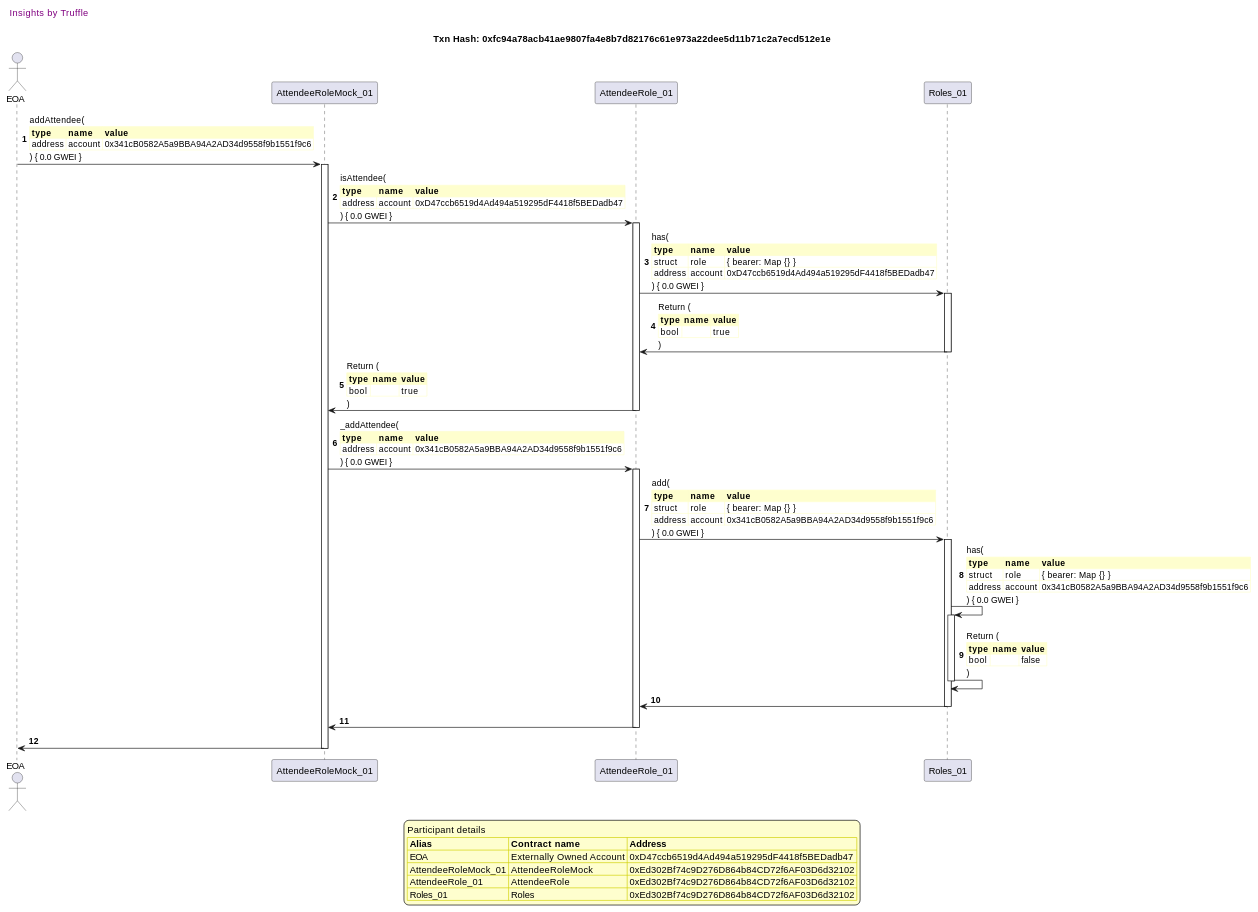
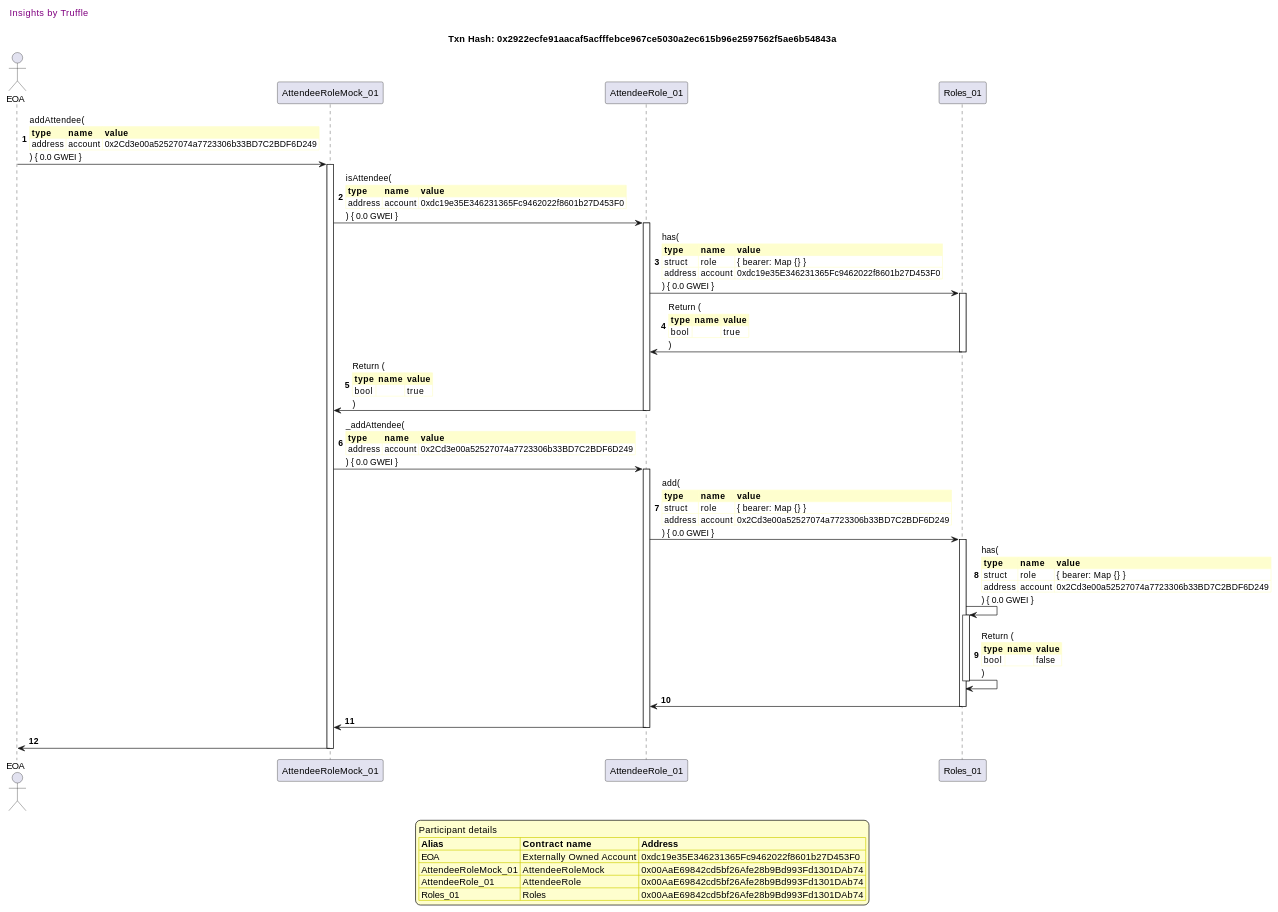
One commit to fodisi/hackapay changed the sixth of 41 diagrams in truffle-seq/roles_attendeerole.md. Above: the diagram before and after it, drawn with PlantUML. The commit also changed other lines of this file and 10 other files, not shown here.

````diff
--- a/truffle-seq/roles_attendeerole.md
+++ b/truffle-seq/roles_attendeerole.md
@@ -398,81 +398,81 @@
 ```plantuml
 
 
 @startuml
 
 autonumber
 skinparam legendBackgroundColor #FEFECE
 
 <style>
       header {
         HorizontalAlignment left
         FontColor purple
         FontSize 14
         Padding 10
       }
     </style>
 
 header Insights by Truffle
 
-title Txn Hash: 0xfc94a78acb41ae9807fa4e8b7d82176c61e973a22dee5d11b71c2a7ecd512e1e
+title Txn Hash: 0x2922ecfe91aacaf5acfffebce967ce5030a2ec615b96e2597562f5ae6b54843a
 
 
 actor EOA as "EOA"
 participant AttendeeRoleMock_01 as "AttendeeRoleMock_01"
 participant AttendeeRole_01 as "AttendeeRole_01"
 participant Roles_01 as "Roles_01"
 
 "EOA" -> "AttendeeRoleMock_01" ++: addAttendee(\n\
 <#FEFECE,#FEFECE>|= type |= name |= value |\n\
-| address | account | 0x341cB0582A5a9BBA94A2AD34d9558f9b1551f9c6 |\n\
+| address | account | 0x2Cd3e00a52527074a7723306b33BD7C2BDF6D249 |\n\
 ) { 0.0 GWEI }
 "AttendeeRoleMock_01" -> "AttendeeRole_01" ++: isAttendee(\n\
 <#FEFECE,#FEFECE>|= type |= name |= value |\n\
-| address | account | 0xD47ccb6519d4Ad494a519295dF4418f5BEDadb47 |\n\
+| address | account | 0xdc19e35E346231365Fc9462022f8601b27D453F0 |\n\
 ) { 0.0 GWEI }
 "AttendeeRole_01" -> "Roles_01" ++: has(\n\
 <#FEFECE,#FEFECE>|= type |= name |= value |\n\
 | struct | role | { bearer: Map {} } |\n\
-| address | account | 0xD47ccb6519d4Ad494a519295dF4418f5BEDadb47 |\n\
+| address | account | 0xdc19e35E346231365Fc9462022f8601b27D453F0 |\n\
 ) { 0.0 GWEI }
 "Roles_01" -> "AttendeeRole_01" --: Return (\n\
 <#FEFECE,#FEFECE>|= type |= name |= value |\n\
 | bool |  | true |\n\
 )
 "AttendeeRole_01" -> "AttendeeRoleMock_01" --: Return (\n\
 <#FEFECE,#FEFECE>|= type |= name |= value |\n\
 | bool |  | true |\n\
 )
 "AttendeeRoleMock_01" -> "AttendeeRole_01" ++: _addAttendee(\n\
 <#FEFECE,#FEFECE>|= type |= name |= value |\n\
-| address | account | 0x341cB0582A5a9BBA94A2AD34d9558f9b1551f9c6 |\n\
+| address | account | 0x2Cd3e00a52527074a7723306b33BD7C2BDF6D249 |\n\
 ) { 0.0 GWEI }
 "AttendeeRole_01" -> "Roles_01" ++: add(\n\
 <#FEFECE,#FEFECE>|= type |= name |= value |\n\
 | struct | role | { bearer: Map {} } |\n\
-| address | account | 0x341cB0582A5a9BBA94A2AD34d9558f9b1551f9c6 |\n\
+| address | account | 0x2Cd3e00a52527074a7723306b33BD7C2BDF6D249 |\n\
 ) { 0.0 GWEI }
 "Roles_01" -> "Roles_01" ++: has(\n\
 <#FEFECE,#FEFECE>|= type |= name |= value |\n\
 | struct | role | { bearer: Map {} } |\n\
-| address | account | 0x341cB0582A5a9BBA94A2AD34d9558f9b1551f9c6 |\n\
+| address | account | 0x2Cd3e00a52527074a7723306b33BD7C2BDF6D249 |\n\
 ) { 0.0 GWEI }
 "Roles_01" -> "Roles_01" --: Return (\n\
 <#FEFECE,#FEFECE>|= type |= name |= value |\n\
 | bool |  | false |\n\
 )
 "Roles_01" -> "AttendeeRole_01" --: 
 "AttendeeRole_01" -> "AttendeeRoleMock_01" --: 
 "AttendeeRoleMock_01" -> "EOA" --: 
 
 legend
 Participant details
 <#FEFECE,#D0D000>|= Alias |= Contract name |= Address |
-<#FEFECE>| EOA | Externally Owned Account | 0xD47ccb6519d4Ad494a519295dF4418f5BEDadb47 |
-<#FEFECE>| AttendeeRoleMock_01 | AttendeeRoleMock | 0xEd302Bf74c9D276D864b84CD72f6AF03D6d32102 |
-<#FEFECE>| AttendeeRole_01 | AttendeeRole | 0xEd302Bf74c9D276D864b84CD72f6AF03D6d32102 |
-<#FEFECE>| Roles_01 | Roles | 0xEd302Bf74c9D276D864b84CD72f6AF03D6d32102 |
+<#FEFECE>| EOA | Externally Owned Account | 0xdc19e35E346231365Fc9462022f8601b27D453F0 |
+<#FEFECE>| AttendeeRoleMock_01 | AttendeeRoleMock | 0x00AaE69842cd5bf26Afe28b9Bd993Fd1301DAb74 |
+<#FEFECE>| AttendeeRole_01 | AttendeeRole | 0x00AaE69842cd5bf26Afe28b9Bd993Fd1301DAb74 |
+<#FEFECE>| Roles_01 | Roles | 0x00AaE69842cd5bf26Afe28b9Bd993Fd1301DAb74 |
 endlegend
 
 @enduml
 ```
````
